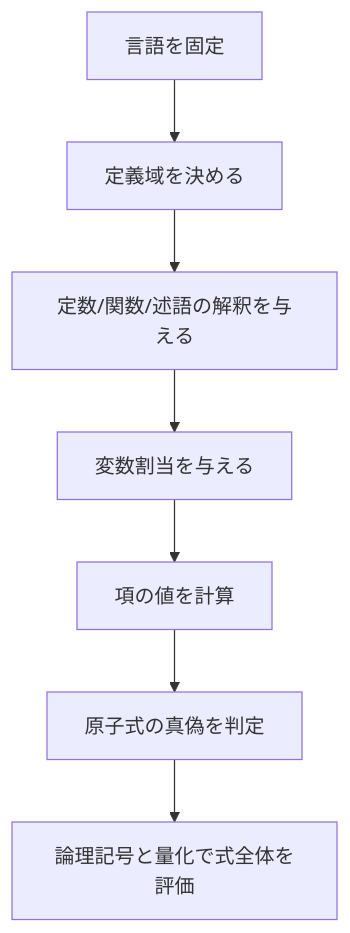
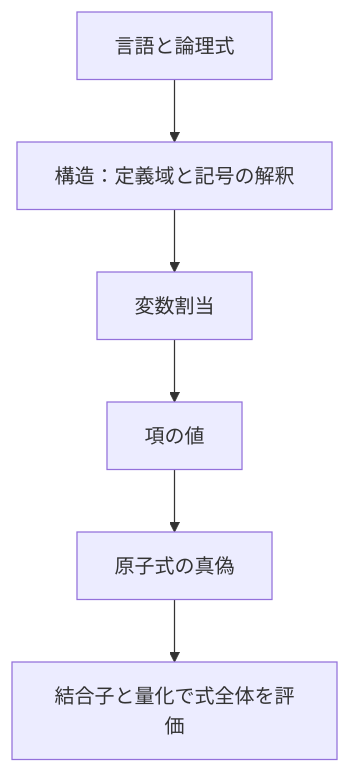
Before and after one commit to daysUlab/Learning_with_Codex: the diagram in logic_tower/02_predicate_logic/02_structures_and_models.md, drawn with Mermaid. The commit also changed other lines of this file and 1 other file, not shown here.

````diff
--- a/logic_tower/02_predicate_logic/02_structures_and_models.md
+++ b/logic_tower/02_predicate_logic/02_structures_and_models.md
@@ -23,9 +32,8 @@
 ```mermaid
 flowchart TD
-    A[言語を固定] --> B[定義域を決める]
-    B --> C[定数/関数/述語の解釈を与える]
-    C --> D[変数割当を与える]
-    D --> E[項の値を計算]
-    E --> F[原子式の真偽を判定]
-    F --> G[論理記号と量化で式全体を評価]
+    A["言語と論理式"] --> B["構造：定義域と記号の解釈"]
+    B --> C["変数割当"]
+    C --> D["項の値"]
+    D --> E["原子式の真偽"]
+    E --> F["結合子と量化で式全体を評価"]
 ```
````
